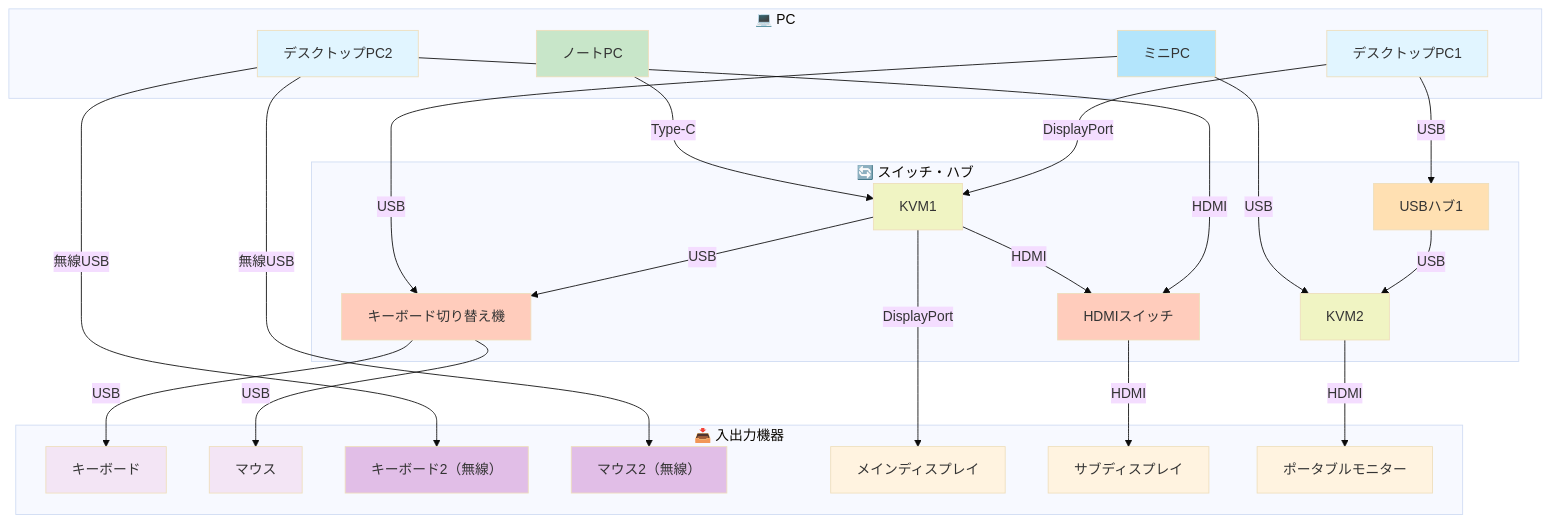
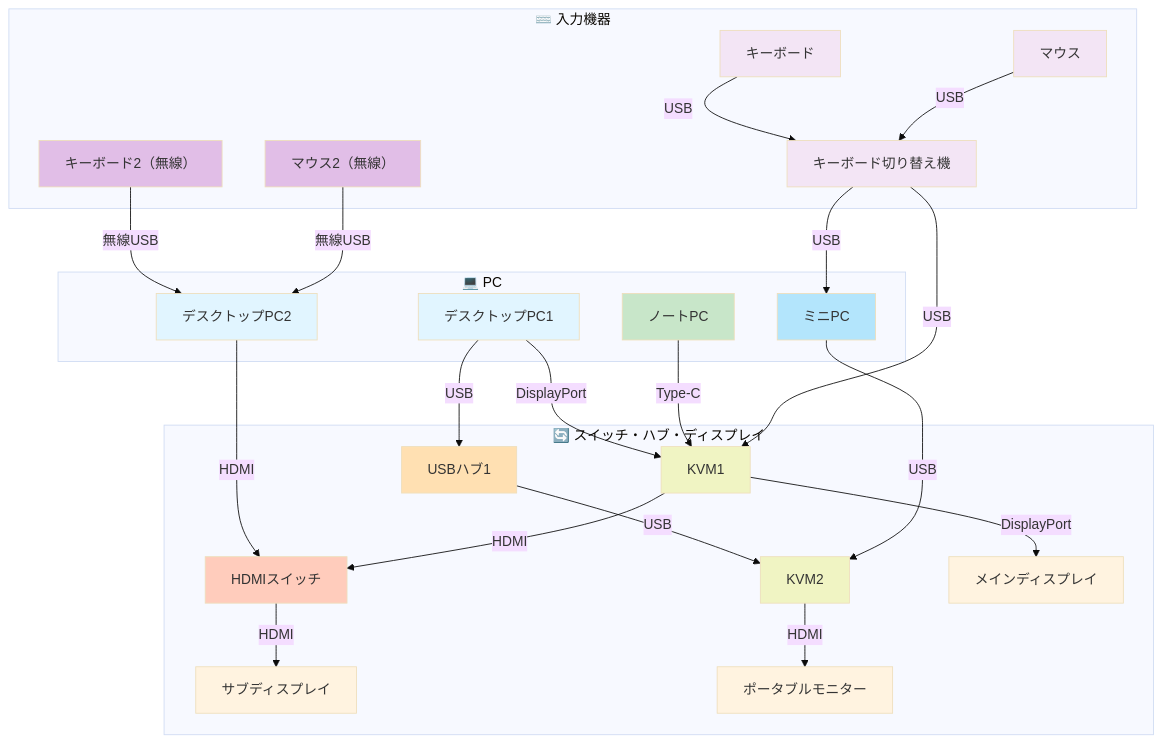
One commit to nuitsjp/MyEnvironments changed the diagram in デスク設計.md. Above: the diagram before and after it, drawn with Mermaid (base theme).

Commit message:
接続図の入力機器のアイコンを変更し、スイッチ・ハブ・ディスプレイのサブグラフにディスプレイを追加

````diff
--- a/デスク設計.md
+++ b/デスク設計.md
@@ -5,69 +5,72 @@
 ```mermaid
 graph TB
-    subgraph INPUT["📥 入出力機器"]
+    subgraph INPUT["⌨️ 入力機器"]
         KB["キーボード"]
         MOUSE["マウス"]
         KB2["キーボード2（無線）"]
         MOUSE2["マウス2（無線）"]
-        DIS1["メインディスプレイ"]
-        DIS2["サブディスプレイ"]
-        DIS3["ポータブルモニター"]
+        KBSW["キーボード切り替え機"]
     end
+
+    INPUT ~~~ PC
+    INPUT ~~~ SWITCH
 
     subgraph PC["💻 PC"]
         PC1["デスクトップPC1"]
         PC2["デスクトップPC2"]
         NOTEBOOK["ノートPC"]
         MINIPC["ミニPC"]
     end
 
-    subgraph SWITCH["🔄 スイッチ・ハブ"]
+    subgraph SWITCH["🔄 スイッチ・ハブ・ディスプレイ"]
         KVM1["KVM1"]
         KVM2["KVM2"]
         HUB1["USBハブ1"]
         HDMISW["HDMIスイッチ"]
-        KBSW["キーボード切り替え機"]
+        DIS1["メインディスプレイ"]
+        DIS2["サブディスプレイ"]
+        DIS3["ポータブルモニター"]
     end
 
     PC1 -->|DisplayPort| KVM1
     PC1 -->|USB| HUB1
     HUB1 -->|USB| KVM2
 
     NOTEBOOK -->|Type-C| KVM1
 
     MINIPC -->|USB| KVM2
 
     PC2 -->|HDMI| HDMISW
-    PC2 -->|無線USB| KB2
-    PC2 -->|無線USB| MOUSE2
+    KB2 -->|無線USB| PC2
+    MOUSE2 -->|無線USB| PC2
 
     KVM1 -->|DisplayPort| DIS1
     KVM1 -->|HDMI| HDMISW
 
     HDMISW -->|HDMI| DIS2
 
     KVM2 -->|HDMI| DIS3
 
-    KVM1 -->|USB| KBSW
-    MINIPC -->|USB| KBSW
+    KBSW -->|USB| KVM1
+    KBSW -->|USB| MINIPC
 
-    KBSW -->|USB| KB
-    KBSW -->|USB| MOUSE
+    KB -->|USB| KBSW
+    MOUSE -->|USB| KBSW
 
     style PC1 fill:#e1f5ff
     style PC2 fill:#e1f5ff
     style NOTEBOOK fill:#c8e6c9
     style MINIPC fill:#b3e5fc
     style KVM1 fill:#f0f4c3
     style KVM2 fill:#f0f4c3
     style HUB1 fill:#ffe0b2
     style HDMISW fill:#ffccbc
-    style KBSW fill:#ffccbc
     style DIS1 fill:#fff3e0
     style DIS2 fill:#fff3e0
     style DIS3 fill:#fff3e0
     style KB fill:#f3e5f5
     style MOUSE fill:#f3e5f5
+    style KBSW fill:#f3e5f5
     style KB2 fill:#e1bee7
     style MOUSE2 fill:#e1bee7
 ```
````
